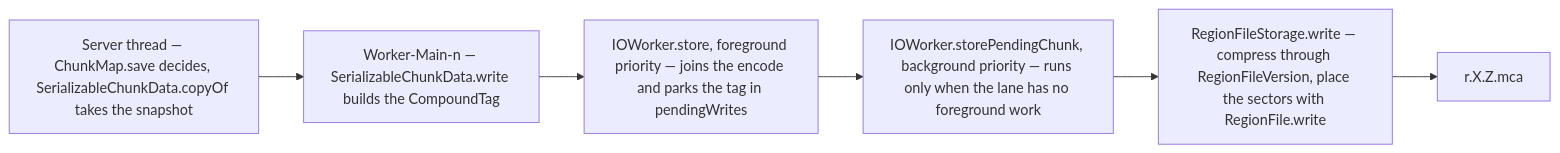
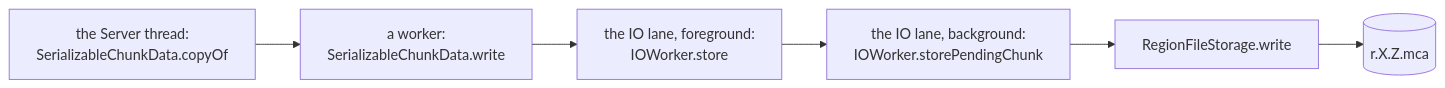
The first of 3 diagrams in src/systems/world/chunk-storage.md (AlexanderjFraser/MinecraftDocs), drawn with Mermaid before and after one commit. The commit also changed other lines of this file and 22 other files, not shown here.

````diff
--- a/src/systems/world/chunk-storage.md
+++ b/src/systems/world/chunk-storage.md
@@ -37,8 +37,14 @@
 ```mermaid
 flowchart LR
-    S["Server thread — ChunkMap.save decides, SerializableChunkData.copyOf takes the snapshot"] --> W["Worker-Main-n — SerializableChunkData.write builds the CompoundTag"]
-    W --> F["IOWorker.store, foreground priority — joins the encode and parks the tag in pendingWrites"]
-    F --> B["IOWorker.storePendingChunk, background priority — runs only when the lane has no foreground work"]
-    B --> R["RegionFileStorage.write — compress through RegionFileVersion, place the sectors with RegionFile.write"]
-    R --> D["r.X.Z.mca"]
+    S["the Server thread:<br/>SerializableChunkData.copyOf"]:::server
+    W["a worker:<br/>SerializableChunkData.write"]:::worker
+    F["the IO lane, foreground:<br/>IOWorker.store"]:::disk
+    B["the IO lane, background:<br/>IOWorker.storePendingChunk"]:::disk
+    R["RegionFileStorage.write"]:::disk
+    D[("r.X.Z.mca")]:::disk
+    S --> W
+    W --> F
+    F --> B
+    B --> R
+    R --> D
 ```
````
